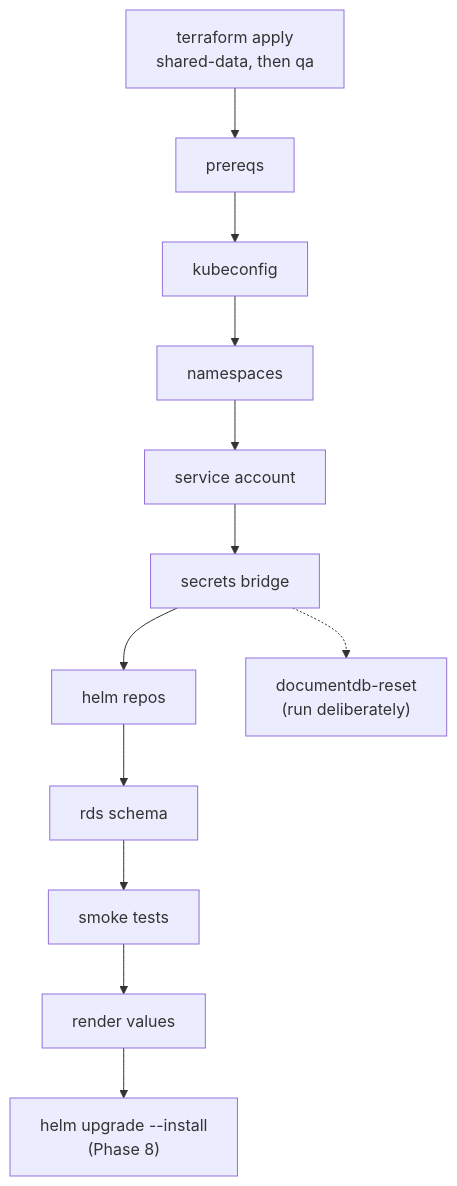
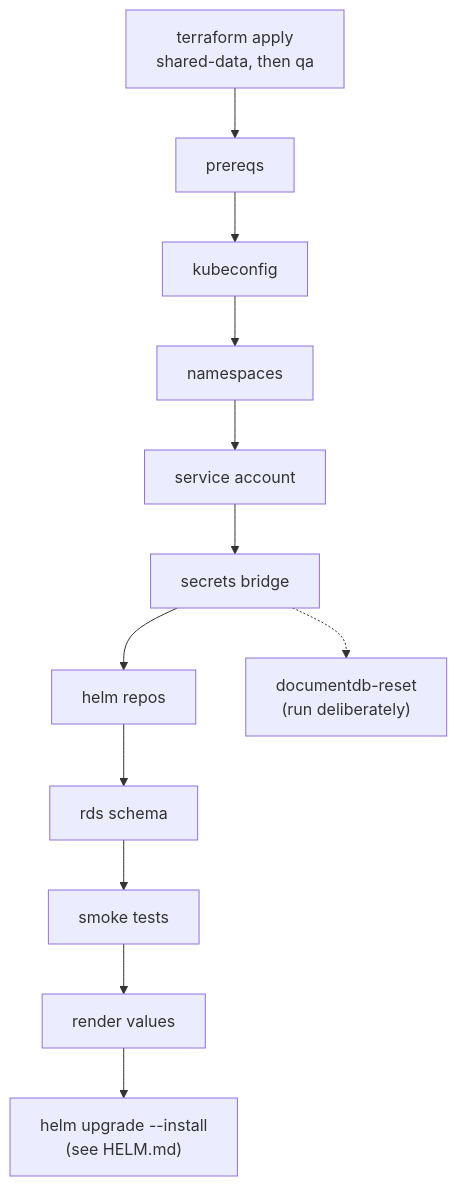
One commit to elpendex123/mongo-dcu-pipeline changed the diagram in docs/ANSIBLE.md. Above: the diagram before and after it, drawn with Mermaid. The commit also changed other lines of this file and 6 other files, not shown here.

````diff
--- a/docs/ANSIBLE.md
+++ b/docs/ANSIBLE.md
@@ -85,14 +85,14 @@
 ```mermaid
 flowchart TD
     TF["terraform apply<br/>shared-data, then qa"] --> PRE[prereqs]
     PRE --> KC[kubeconfig]
     KC --> NS[namespaces]
     NS --> SA[service account]
     SA --> SEC[secrets bridge]
     SEC --> HR[helm repos]
     HR --> SCH[rds schema]
     SCH --> SMK[smoke tests]
     SMK --> VAL[render values]
-    VAL --> HELM["helm upgrade --install<br/>(Phase 8)"]
+    VAL --> HELM["helm upgrade --install<br/>(see HELM.md)"]
     SEC -.-> RESET["documentdb-reset<br/>(run deliberately)"]
 ```
````
